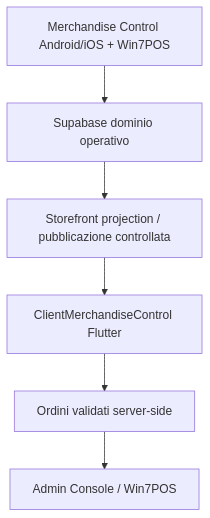
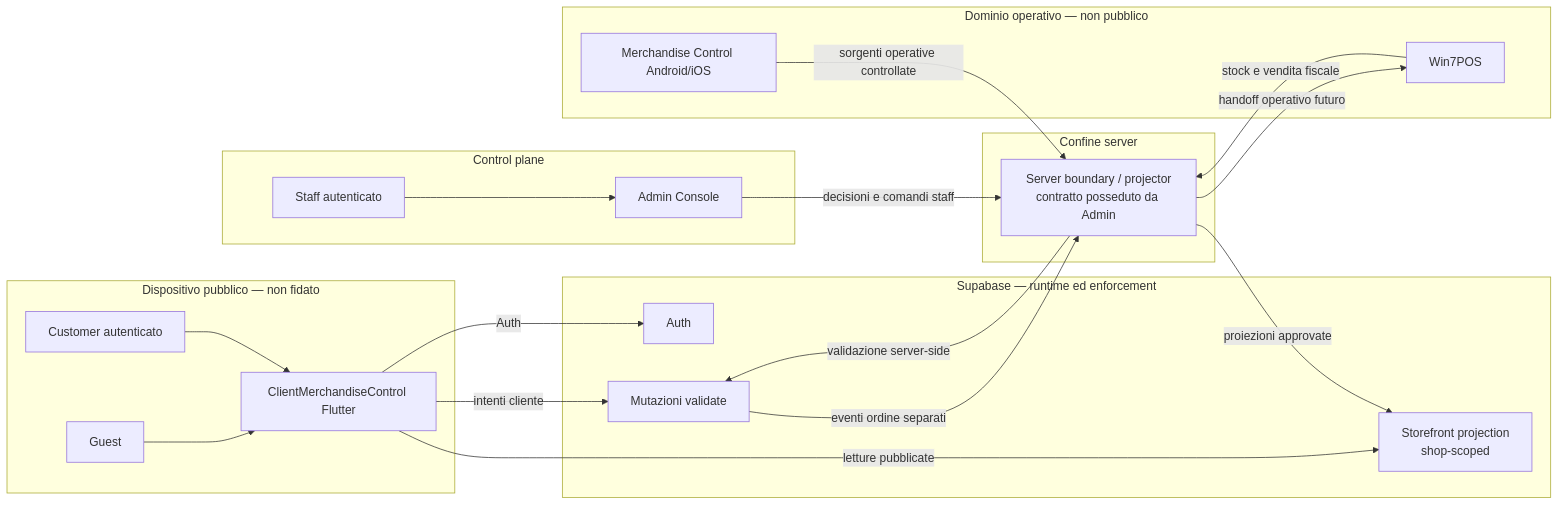
The diagram in docs/ARCHITECTURE/SYSTEM-CONTEXT.md (XNIW/ClientMerchandiseControl), drawn with Mermaid before and after one commit. The commit also changed other lines of this file and 11 other files, not shown here.

````diff
--- a/docs/ARCHITECTURE/SYSTEM-CONTEXT.md
+++ b/docs/ARCHITECTURE/SYSTEM-CONTEXT.md
@@ -3,8 +6,42 @@
 ```mermaid
-flowchart TD
-  Internal["Merchandise Control Android/iOS + Win7POS"] --> Operational["Supabase dominio operativo"]
-  Operational --> Storefront["Storefront projection / pubblicazione controllata"]
-  Storefront --> Client["ClientMerchandiseControl Flutter"]
-  Client --> Orders["Ordini validati server-side"]
-  Orders --> Control["Admin Console / Win7POS"]
+flowchart LR
+  subgraph PublicDevice["Dispositivo pubblico — non fidato"]
+    Guest["Guest"]
+    Customer["Customer autenticato"]
+    Client["ClientMerchandiseControl Flutter"]
+    Guest --> Client
+    Customer --> Client
+  end
+
+  subgraph ControlPlane["Control plane"]
+    Staff["Staff autenticato"]
+    Admin["Admin Console"]
+    Staff --> Admin
+  end
+
+  subgraph ServerBoundary["Confine server"]
+    Projector["Server boundary / projector<br/>contratto posseduto da Admin"]
+  end
+
+  subgraph SupabasePlatform["Supabase — runtime ed enforcement"]
+    Auth["Auth"]
+    Storefront["Storefront projection<br/>shop-scoped"]
+    Mutations["Mutazioni validate"]
+  end
+
+  subgraph OperationalDomain["Dominio operativo — non pubblico"]
+    Operations["Merchandise Control Android/iOS"]
+    POS["Win7POS"]
+  end
+
+  Client -->|"Auth"| Auth
+  Client -->|"letture pubblicate"| Storefront
+  Client -->|"intenti cliente"| Mutations
+  Admin -->|"decisioni e comandi staff"| Projector
+  Operations -->|"sorgenti operative controllate"| Projector
+  POS -->|"stock e vendita fiscale"| Projector
+  Projector -->|"proiezioni approvate"| Storefront
+  Projector -->|"validazione server-side"| Mutations
+  Mutations -->|"eventi ordine separati"| Projector
+  Projector -->|"handoff operativo futuro"| POS
 ```
````
